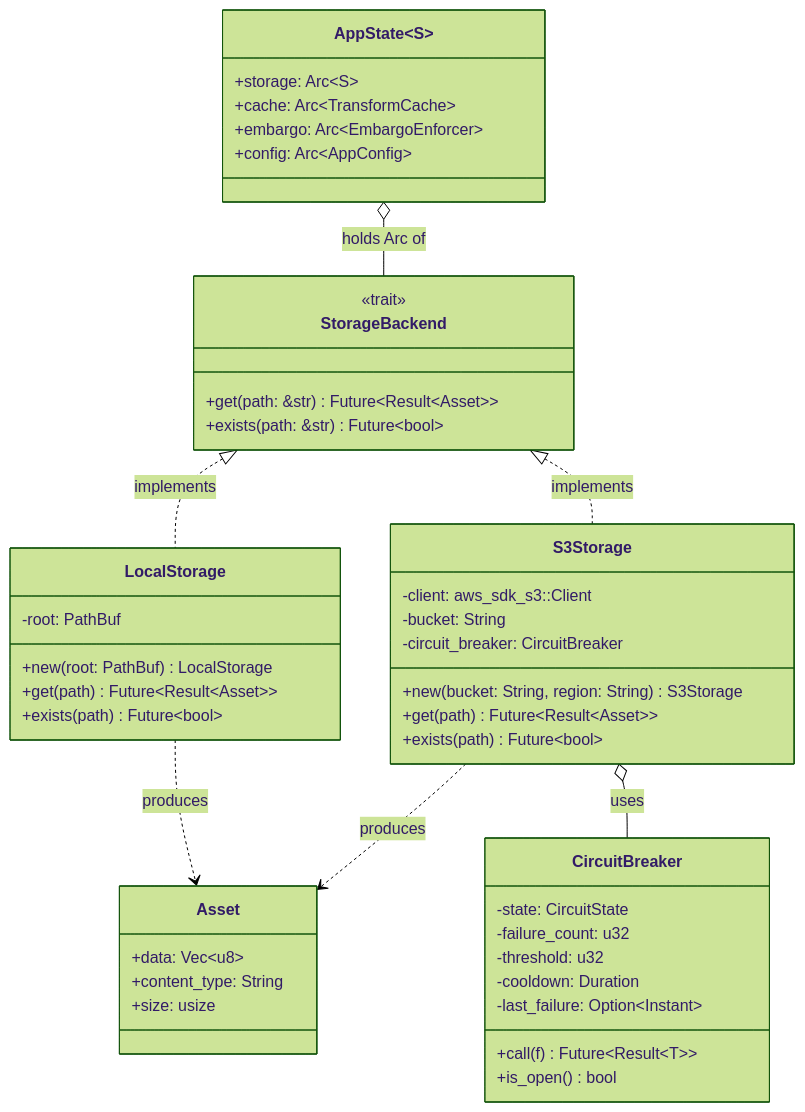
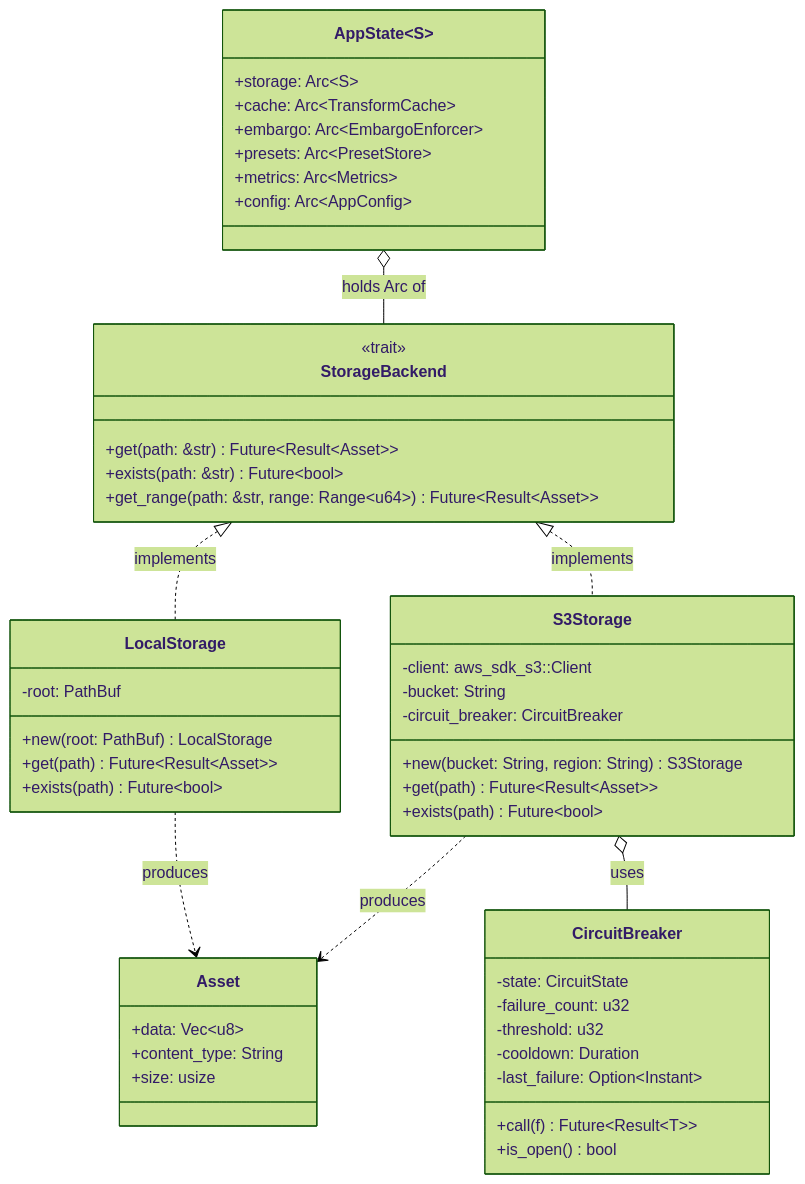
One commit to ivanoats/rendition changed the tenth of 11 diagrams in docs/architecture.md. Above: the diagram before and after it, drawn with Mermaid (forest theme). The commit also changed other lines of this file and 10 other files, not shown here.

````diff
--- a/docs/architecture.md
+++ b/docs/architecture.md
@@ -365,54 +380,57 @@
 ```mermaid
 classDiagram
     class StorageBackend {
         <<trait>>
         +get(path: &str) Future~Result~Asset~~
         +exists(path: &str) Future~bool~
+        +get_range(path: &str, range: Range~u64~) Future~Result~Asset~~
     }
 
     class LocalStorage {
         -root: PathBuf
         +new(root: PathBuf) LocalStorage
         +get(path) Future~Result~Asset~~
         +exists(path) Future~bool~
     }
 
     class S3Storage {
         -client: aws_sdk_s3::Client
         -bucket: String
         -circuit_breaker: CircuitBreaker
         +new(bucket: String, region: String) S3Storage
         +get(path) Future~Result~Asset~~
         +exists(path) Future~bool~
     }
 
     class CircuitBreaker {
         -state: CircuitState
         -failure_count: u32
         -threshold: u32
         -cooldown: Duration
         -last_failure: Option~Instant~
         +call(f) Future~Result~T~~
         +is_open() bool
     }
 
     class Asset {
         +data: Vec~u8~
         +content_type: String
         +size: usize
     }
 
     class AppState~S~ {
         +storage: Arc~S~
         +cache: Arc~TransformCache~
         +embargo: Arc~EmbargoEnforcer~
+        +presets: Arc~PresetStore~
+        +metrics: Arc~Metrics~
         +config: Arc~AppConfig~
     }
 
     StorageBackend <|.. LocalStorage : implements
     StorageBackend <|.. S3Storage : implements
     S3Storage o-- CircuitBreaker : uses
     LocalStorage ..> Asset : produces
     S3Storage ..> Asset : produces
     AppState~S~ o-- StorageBackend : holds Arc of
 ```
````
